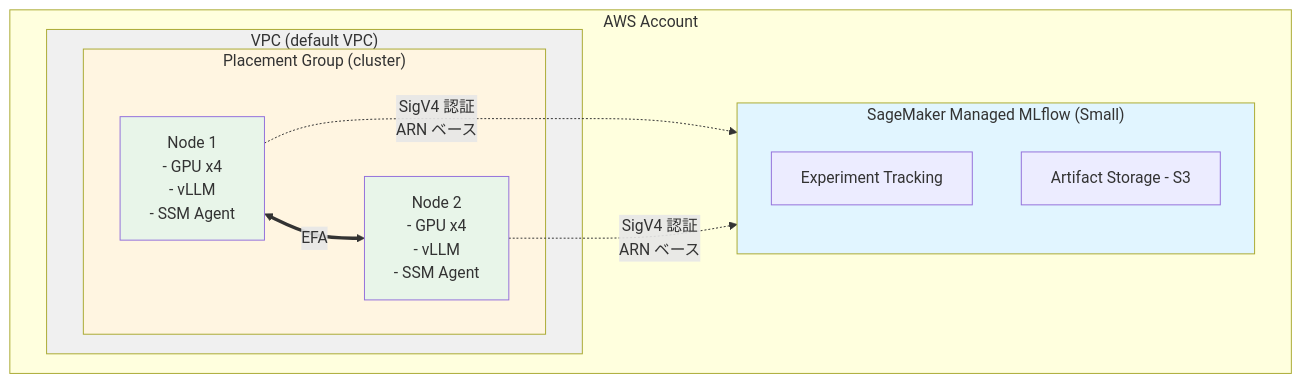
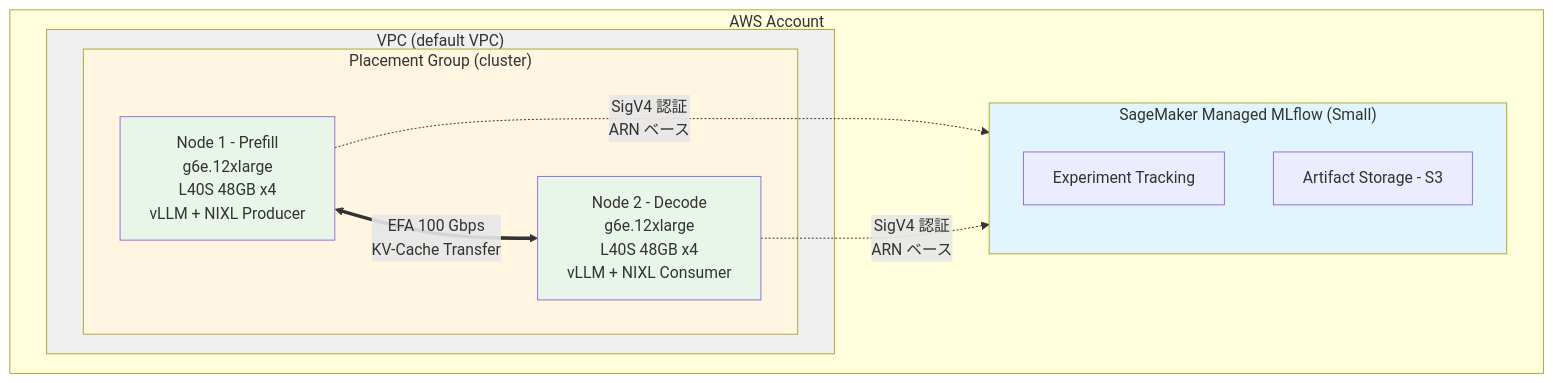
One commit to littlemex/disaggregated-inference-with-nixl-over-aws-efa changed the diagram in blog/01-environment-setup.md. Above: the diagram before and after it, drawn with Mermaid. The commit also changed other lines of this file and 5 other files, not shown here.

````diff
--- a/blog/01-environment-setup.md
+++ b/blog/01-environment-setup.md
@@ -31,26 +58,26 @@
 ```mermaid
 graph TB
     subgraph AWS["AWS Account"]
         subgraph MLflow["SageMaker Managed MLflow (Small)"]
             ET[Experiment Tracking]
             S3[Artifact Storage - S3]
         end
 
         subgraph VPC["VPC (default VPC)"]
             subgraph PG["Placement Group (cluster)"]
-                N1["Node 1<br/>- GPU x4<br/>- vLLM<br/>- SSM Agent"]
-                N2["Node 2<br/>- GPU x4<br/>- vLLM<br/>- SSM Agent"]
+                N1["Node 1 - Prefill<br/>g6e.12xlarge<br/>L40S 48GB x4<br/>vLLM + NIXL Producer"]
+                N2["Node 2 - Decode<br/>g6e.12xlarge<br/>L40S 48GB x4<br/>vLLM + NIXL Consumer"]
             end
-            N1 <==>|EFA| N2
+            N1 <==>|"EFA 100 Gbps<br/>KV-Cache Transfer"| N2
         end
 
         N1 -.->|SigV4 認証<br/>ARN ベース| MLflow
         N2 -.->|SigV4 認証<br/>ARN ベース| MLflow
     end
 
     style MLflow fill: #e1f5ff
     style VPC fill: #f0f0f0
     style PG fill: #fff5e1
     style N1 fill: #e8f5e9
     style N2 fill: #e8f5e9
 ```
````
